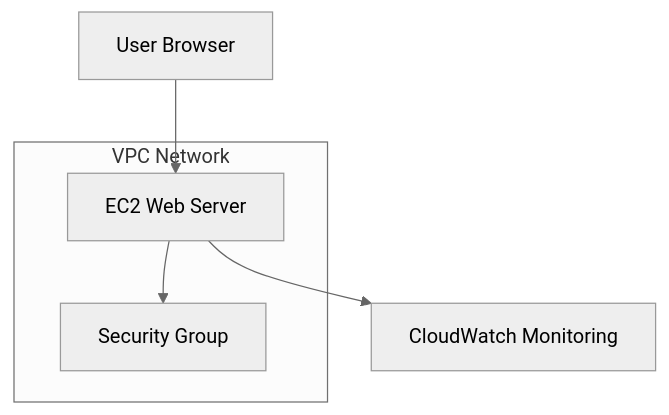
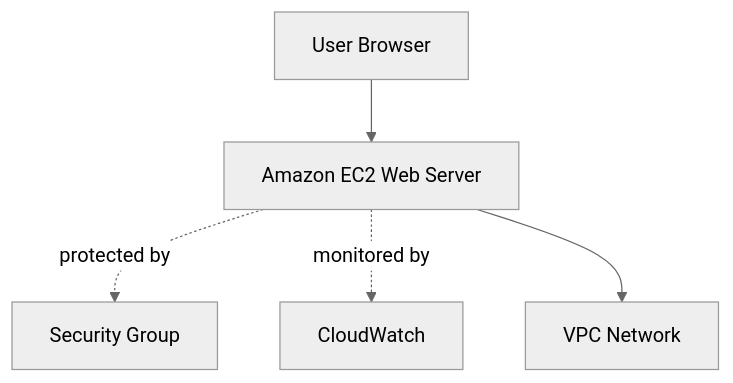
One commit to juliopardog/aws-ec2-web-server changed the diagram in architecture/architecture-diagram.md. Above: the diagram before and after it, drawn with Mermaid (neutral theme).

Commit message:
Update architecture diagram for EC2 web server

````diff
--- a/architecture/architecture-diagram.md
+++ b/architecture/architecture-diagram.md
@@ -3,10 +3,7 @@
 ```mermaid
 graph TD
-    U[User Browser] --> EC2[EC2 Web Server]
-
-    subgraph VPC[VPC Network]
-        EC2 --> SG[Security Group]
-    end
-
-    EC2 --> CW[CloudWatch Monitoring]
+    U[User Browser] --> EC2[Amazon EC2 Web Server]
+    EC2 -. protected by .-> SG[Security Group]
+    EC2 -. monitored by .-> CW[CloudWatch]
+    EC2 --> VPC[VPC Network]
 ```
````
